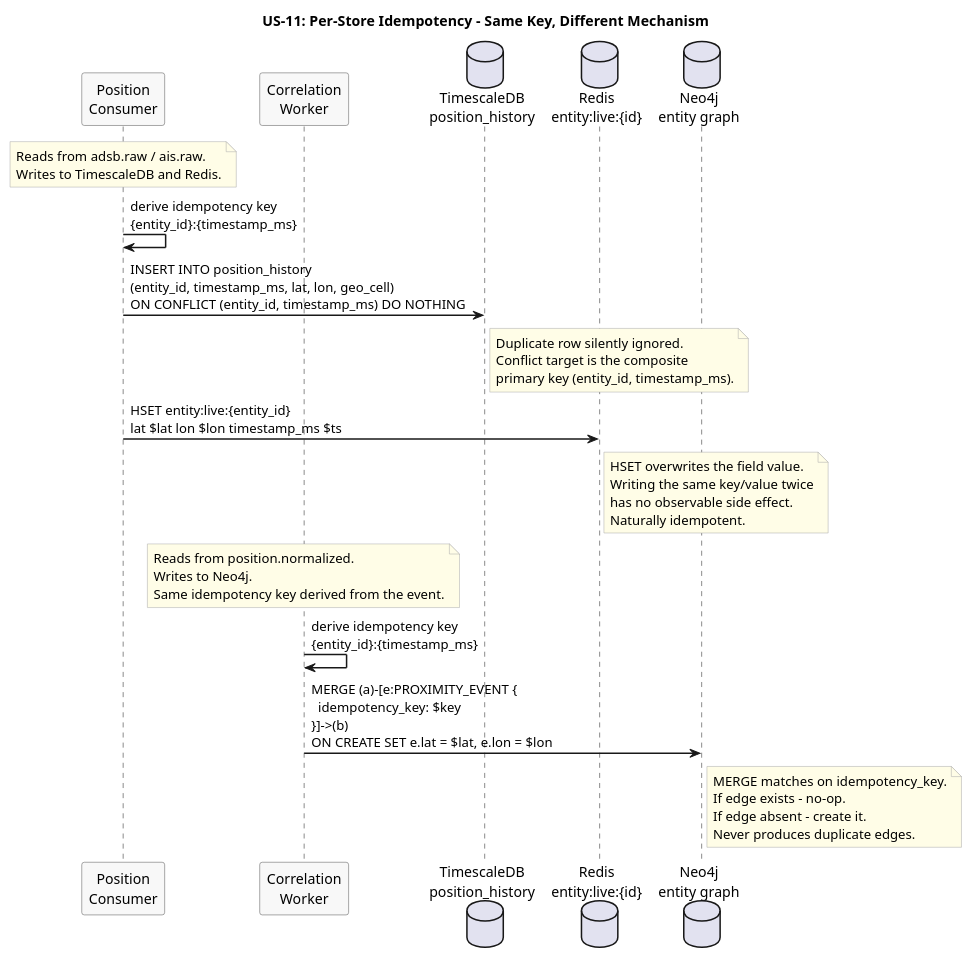
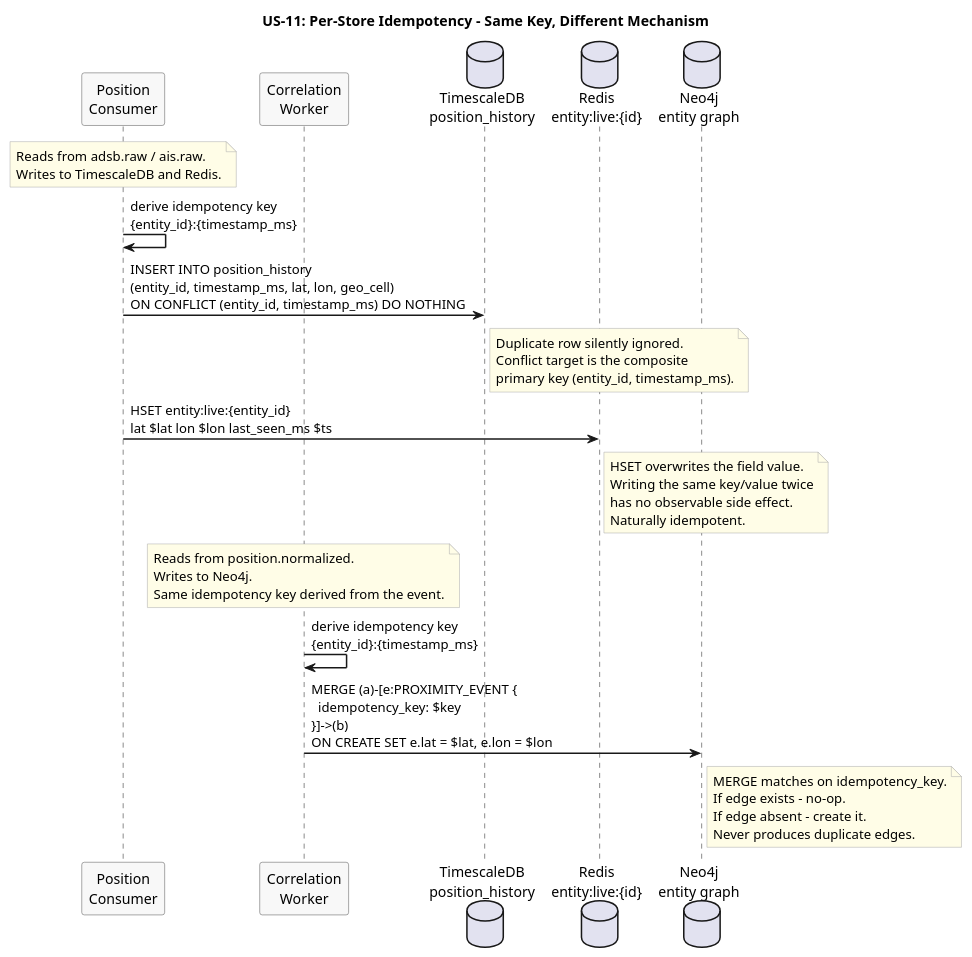
One commit to Buffden/sentinel changed the diagram in docs/use-cases/US-11-idempotent-writes/per-store-idempotency.puml. Above: the diagram before and after it, drawn with PlantUML. The commit also changed 7 other files, not shown here.

First line of the commit message:
docs: replace timestamp_ms with last_seen_ms in Redis hash contexts across flow diagrams

```diff
--- a/docs/use-cases/US-11-idempotent-writes/per-store-idempotency.puml
+++ b/docs/use-cases/US-11-idempotent-writes/per-store-idempotency.puml
@@ -1,57 +1,57 @@
 @startuml per-store-idempotency
 title US-11: Per-Store Idempotency - Same Key, Different Mechanism
 
 skinparam sequenceArrowThickness 1.5
 skinparam participantBorderColor #555555
 skinparam participantBackgroundColor #F8F8F8
 skinparam noteBorderColor #AAAAAA
 skinparam noteBackgroundColor #FFFDE7
 
 participant "Position\nConsumer" as PosConsumer
 participant "Correlation\nWorker" as CorrWorker
 database "TimescaleDB\nposition_history" as TSDB
 database "Redis\nentity:live:{id}" as Redis
 database "Neo4j\nentity graph" as Neo4j
 
 note over PosConsumer
   Reads from adsb.raw / ais.raw.
   Writes to TimescaleDB and Redis.
 end note
 
 PosConsumer -> PosConsumer : derive idempotency key\n{entity_id}:{timestamp_ms}
 
 PosConsumer -> TSDB : INSERT INTO position_history\n(entity_id, timestamp_ms, lat, lon, geo_cell)\nON CONFLICT (entity_id, timestamp_ms) DO NOTHING
 
 note right of TSDB
   Duplicate row silently ignored.
   Conflict target is the composite
   primary key (entity_id, timestamp_ms).
 end note
 
-PosConsumer -> Redis : HSET entity:live:{entity_id}\nlat $lat lon $lon timestamp_ms $ts
+PosConsumer -> Redis : HSET entity:live:{entity_id}\nlat $lat lon $lon last_seen_ms $ts
 
 note right of Redis
   HSET overwrites the field value.
   Writing the same key/value twice
   has no observable side effect.
   Naturally idempotent.
 end note
 
 note over CorrWorker
   Reads from position.normalized.
   Writes to Neo4j.
   Same idempotency key derived from the event.
 end note
 
 CorrWorker -> CorrWorker : derive idempotency key\n{entity_id}:{timestamp_ms}
 
 CorrWorker -> Neo4j : MERGE (a)-[e:PROXIMITY_EVENT {\n  idempotency_key: $key\n}]->(b)\nON CREATE SET e.lat = $lat, e.lon = $lon
 
 note right of Neo4j
   MERGE matches on idempotency_key.
   If edge exists - no-op.
   If edge absent - create it.
   Never produces duplicate edges.
 end note
 
 @enduml
```
